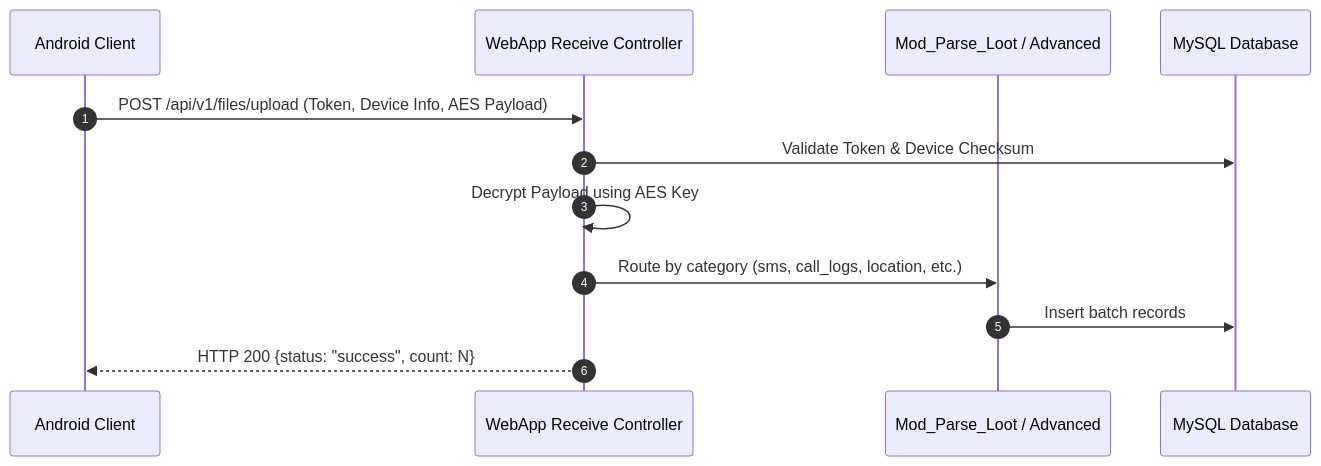
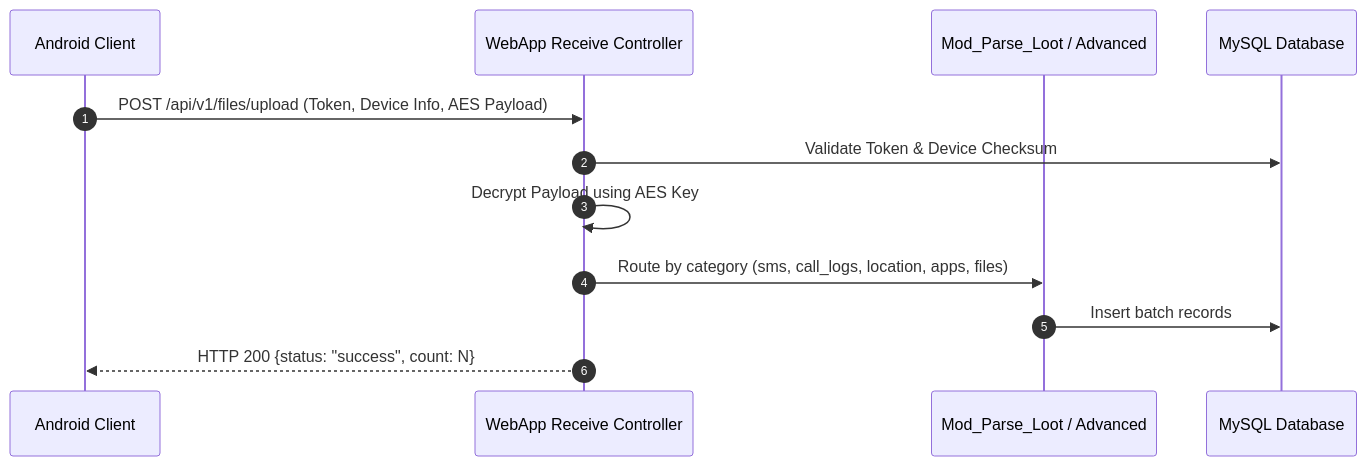
Before and after one commit to Niccher/Eaves-Droid-Platform: the first of 4 diagrams in docs/architecture/communication.md, drawn with Mermaid. The commit also changed other lines of this file and 24 other files, not shown here.

````diff
--- a/docs/architecture/communication.md
+++ b/docs/architecture/communication.md
@@ -23,15 +24,15 @@
 ```mermaid
 sequenceDiagram
   autonumber
   participant App as Android Client
   participant Recv as WebApp Receive Controller
   participant Parser as Mod_Parse_Loot / Advanced
   participant DB as MySQL Database
 
   App->>Recv: POST /api/v1/files/upload (Token, Device Info, AES Payload)
   Recv->>DB: Validate Token & Device Checksum
   Recv->>Recv: Decrypt Payload using AES Key
-  Recv->>Parser: Route by category (sms, call_logs, location, etc.)
+  Recv->>Parser: Route by category (sms, call_logs, location, apps, files)
   Parser->>DB: Insert batch records
   Recv-->>App: HTTP 200 {status: "success", count: N}
 ```
````
